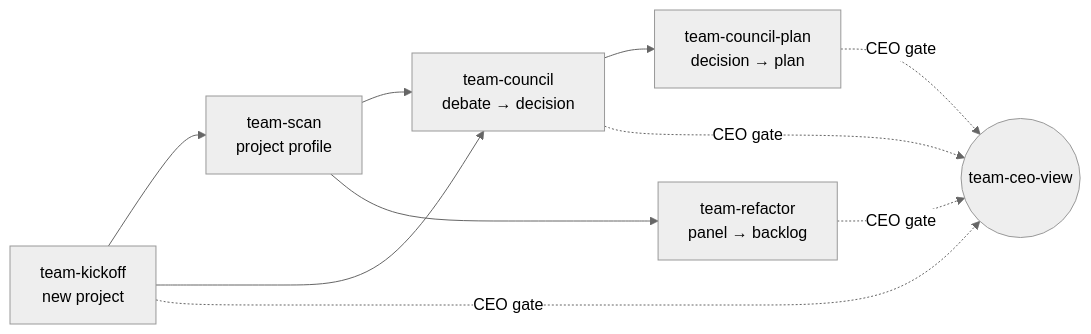
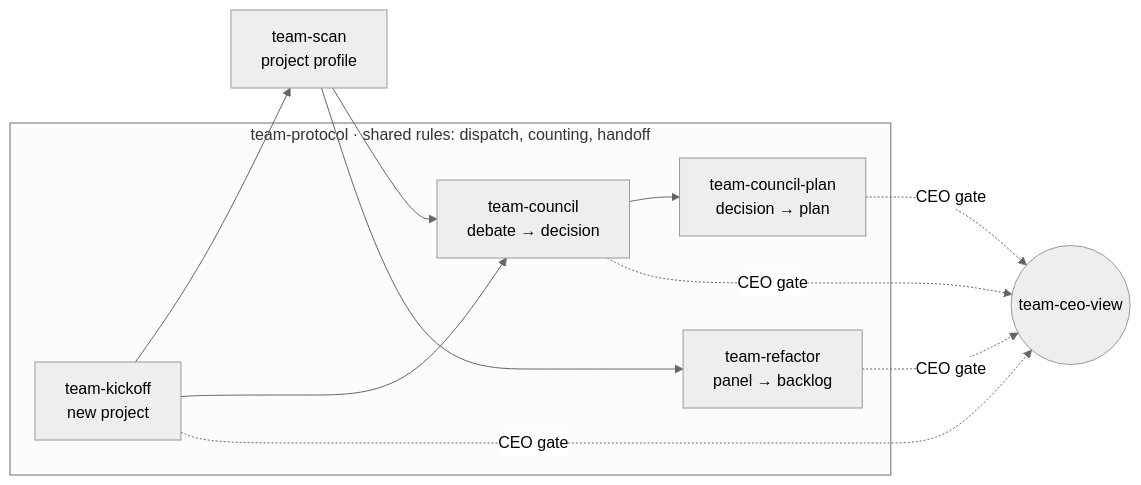
Before and after one commit to TokiDEV/team-skills: the diagram in README.md, drawn with Mermaid (neutral theme).

Commit message:
README: show team-protocol in the skills diagram

````diff
--- a/README.md
+++ b/README.md
@@ -21,12 +21,18 @@
 ```mermaid
 flowchart LR
-    scan[team-scan<br/>project profile] --> council[team-council<br/>debate → decision]
-    scan --> refactor[team-refactor<br/>panel → backlog]
-    kickoff[team-kickoff<br/>new project] --> scan
+    subgraph protocol["team-protocol · shared rules: dispatch, counting, handoff"]
+        kickoff[team-kickoff<br/>new project]
+        council[team-council<br/>debate → decision]
+        plan[team-council-plan<br/>decision → plan]
+        refactor[team-refactor<br/>panel → backlog]
+    end
+    scan[team-scan<br/>project profile] --> council
+    scan --> refactor
+    kickoff --> scan
     kickoff --> council
-    council --> plan[team-council-plan<br/>decision → plan]
+    council --> plan
     council -. CEO gate .-> view((team-ceo-view))
     plan -. CEO gate .-> view
     kickoff -. CEO gate .-> view
     refactor -. CEO gate .-> view
 ```
````
